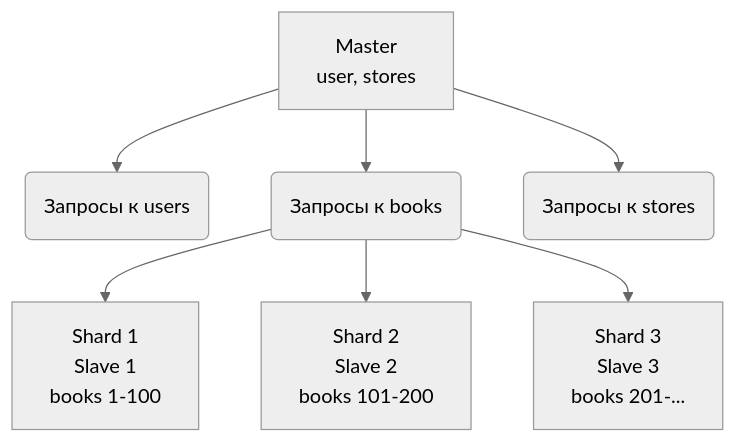
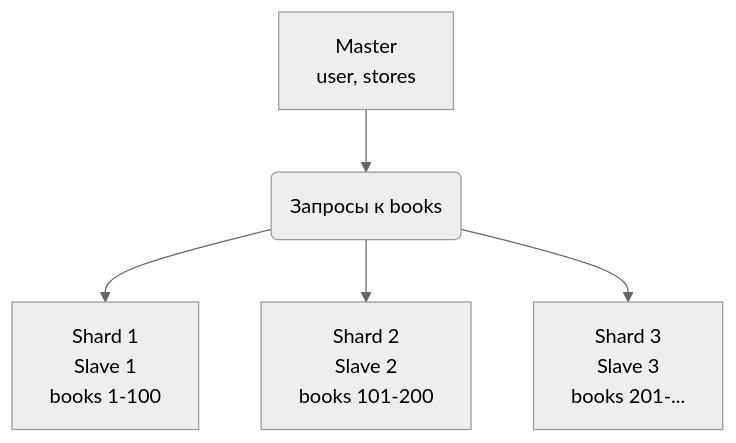
One commit to nikitarostorguev8837-alt/sdb-hw-12-07 changed the first of 2 diagrams in README.md. Above: the diagram before and after it, drawn with Mermaid (neutral theme).

````diff
--- a/README.md
+++ b/README.md
@@ -27,10 +27,8 @@
 ```mermaid
 graph TD
-MainDB[Master<br>user, stores] --> Users(Запросы к users)
-MainDB --> Books(Запросы к books)
-MainDB --> Stores(Запросы к stores)
+MainDB[Master<br>user, stores] --> Books(Запросы к books)
 
 Books --> Slave1[Shard 1<br>Slave 1<br>books 1-100]
 Books --> Slave2[Shard 2<br>Slave 2<br>books 101-200]
 Books --> Slave3[Shard 3<br>Slave 3<br>books 201-...]
 ```
````
